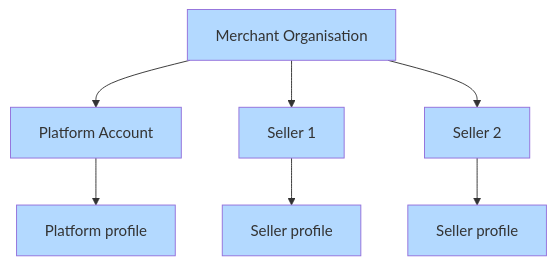
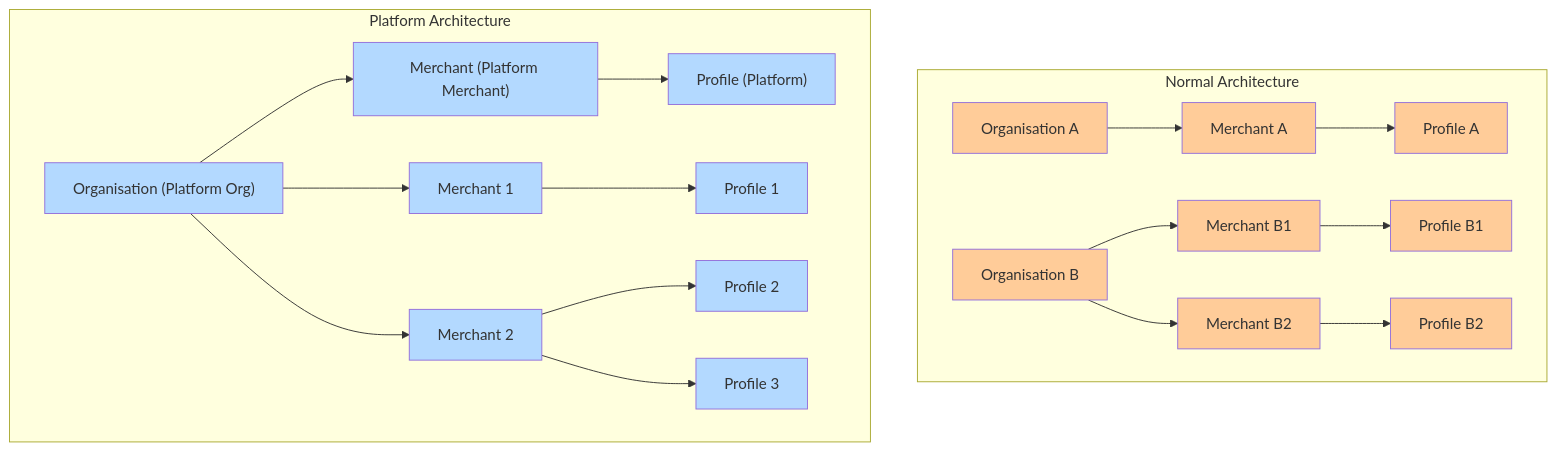
The diagram in explore-hyperswitch/account-management/multiple-accounts-and-profiles/platform-org-and-merchant-setup.md (juspay/hyperswitch-docs), drawn with Mermaid before and after one commit. The commit also changed other lines of this file, not shown here.

Commit message:
GITBOOK-1155: Platform org and merchant

````diff
--- a/explore-hyperswitch/account-management/multiple-accounts-and-profiles/platform-org-and-merchant-setup.md
+++ b/explore-hyperswitch/account-management/multiple-accounts-and-profiles/platform-org-and-merchant-setup.md
@@ -15,22 +15,44 @@
 ```mermaid
 graph TD
-    MO[Merchant Organisation]
-    MO --> PA[Platform Account]
-    MO --> S1[Seller 1]
-    MO --> S2[Seller 2]
-    
-    PA --> PP[Platform profile]
-    S1 --> SP1[Seller profile]
-    S2 --> SP2[Seller profile]
-    
-  
+    subgraph "Normal Architecture"
+        NO1["Organisation A"]
+        NO2["Organisation B"]
+        
+        NO1 --> NM1[Merchant A]
+        NO2 --> NM2[Merchant B1]
+        NO2 --> NM3[Merchant B2]
+        
+        NM1 --> NP1[Profile A]
+        NM2 --> NP2[Profile B1]
+        NM3 --> NP3[Profile B2]
+    end
+
+    subgraph "Platform Architecture"
+        MO["Organisation (Platform Org)"]
+        MO --> PA["Merchant (Platform Merchant)"]
+        MO --> S1[Merchant 1]
+        MO --> S2[Merchant 2]
+        PA --> PP["Profile (Platform)"]
+        S1 --> SP1[Profile 1]
+        S2 --> SP2[Profile 2]
+        S2 --> SP3[Profile 3]
+    end
+        
     style MO fill:#b3d9ff
     style PA fill:#b3d9ff
     style S1 fill:#b3d9ff
     style S2 fill:#b3d9ff
     style PP fill:#b3d9ff
     style SP1 fill:#b3d9ff
     style SP2 fill:#b3d9ff
-
-
+    style SP3 fill:#b3d9ff
+    
+    style NO1 fill:#ffcc99
+    style NO2 fill:#ffcc99
+    style NM1 fill:#ffcc99
+    style NM2 fill:#ffcc99
+    style NM3 fill:#ffcc99
+    style NP1 fill:#ffcc99
+    style NP2 fill:#ffcc99
+    style NP3 fill:#ffcc99
 ```
````
